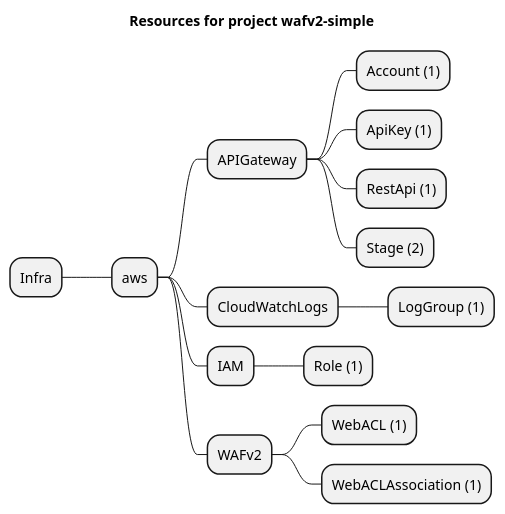
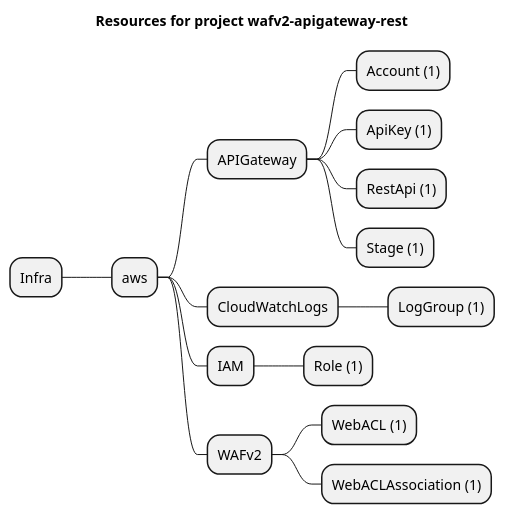
Before and after one commit to grucloud/grucloud: the diagram in examples/aws/WAFv2/wafv2-apigateway-rest/artifacts/resources-mindmap.puml, drawn with PlantUML. The commit also changed 19 other files, not shown here.

Commit message:
stageName prefix with rest aoi name

```diff
--- a/examples/aws/WAFv2/wafv2-apigateway-rest/artifacts/resources-mindmap.puml
+++ b/examples/aws/WAFv2/wafv2-apigateway-rest/artifacts/resources-mindmap.puml
@@ -1,18 +1,18 @@
 @startmindmap
-title Resources for project wafv2-simple
+title Resources for project wafv2-apigateway-rest
 skinparam monochrome true
 + Infra
 ++ aws
 +++ APIGateway
 ++++ Account (1)
 ++++ ApiKey (1)
 ++++ RestApi (1)
-++++ Stage (2)
+++++ Stage (1)
 +++ CloudWatchLogs
 ++++ LogGroup (1)
 +++ IAM
 ++++ Role (1)
 +++ WAFv2
 ++++ WebACL (1)
 ++++ WebACLAssociation (1)
 @endmindmap
```
